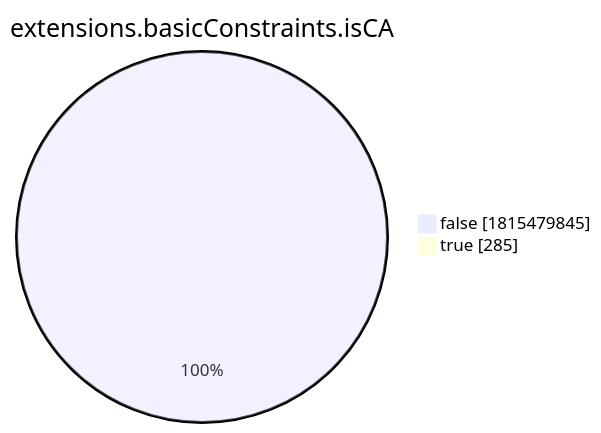
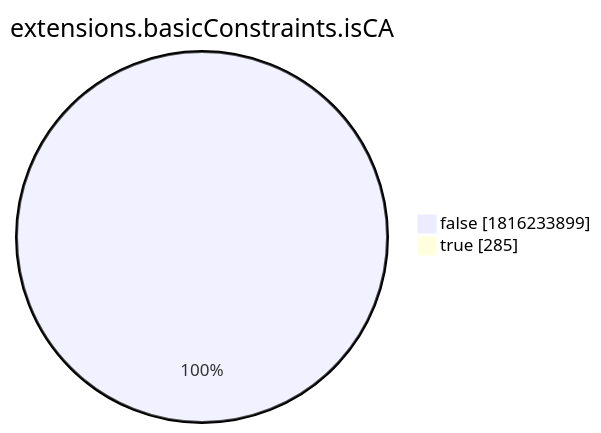
Before and after one commit to christiankrug/ctmonitor_visualization: the eighth of 15 diagrams in xenon2022/README.md, drawn with Mermaid. The commit also changed other lines of this file, not shown here.

````diff
--- a/xenon2022/README.md
+++ b/xenon2022/README.md
@@ -2868,6 +2868,6 @@
 ```mermaid
 pie showData
 title extensions.basicConstraints.isCA
-"false" :1815479845
+"false" :1816233899
 "true" :285
 ```
````
